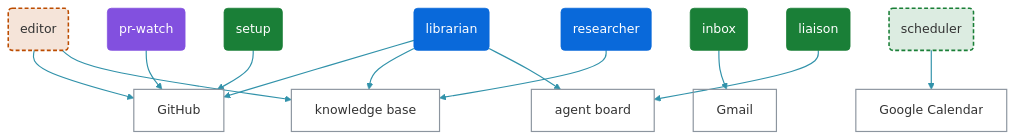
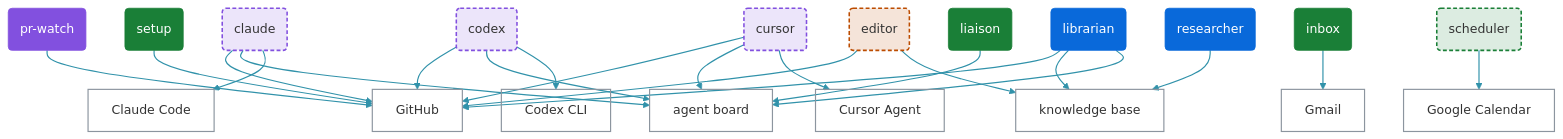
One commit to dfakkeldy/fakkelbot changed the second of 2 diagrams in docs/bot-chart.md. Above: the diagram before and after it, drawn with Mermaid. The commit also changed other lines of this file and 12 other files, not shown here.

Commit message:
feat(starter): add optional coding group for Claude, Cursor and Codex

````diff
--- a/docs/bot-chart.md
+++ b/docs/bot-chart.md
@@ -75,41 +86,58 @@
 ```mermaid
 %%{init: {"flowchart": {"curve": "basis"}}}%%
 flowchart TB
+    bot_claude("claude")
+    bot_codex("codex")
+    bot_cursor("cursor")
     bot_editor("editor")
     bot_inbox("inbox")
     bot_liaison("liaison")
     bot_librarian("librarian")
     bot_pr_watch("pr-watch")
     bot_researcher("researcher")
     bot_scheduler("scheduler")
     bot_setup("setup")
     sys_github["GitHub"]
     sys_kb["knowledge base"]
     sys_board["agent board"]
     sys_gmail["Gmail"]
     sys_gcal["Google Calendar"]
+    sys_claude_cli["Claude Code"]
+    sys_cursor_cli["Cursor Agent"]
+    sys_codex_cli["Codex CLI"]
+    bot_claude --> sys_github
+    bot_claude --> sys_board
+    bot_claude --> sys_claude_cli
+    bot_codex --> sys_github
+    bot_codex --> sys_board
+    bot_codex --> sys_codex_cli
+    bot_cursor --> sys_github
+    bot_cursor --> sys_board
+    bot_cursor --> sys_cursor_cli
     bot_editor --> sys_github
     bot_editor --> sys_kb
     bot_inbox --> sys_gmail
     bot_liaison --> sys_board
     bot_librarian --> sys_github
     bot_librarian --> sys_kb
     bot_librarian --> sys_board
     bot_pr_watch --> sys_github
     bot_researcher --> sys_kb
     bot_scheduler --> sys_gcal
     bot_setup --> sys_github
+    classDef builders_optional fill:#8250df26,stroke:#8250df,stroke-width:2px,stroke-dasharray:5 3
+    class bot_claude,bot_codex,bot_cursor builders_optional
     classDef content_optional fill:#bc4c0026,stroke:#bc4c00,stroke-width:2px,stroke-dasharray:5 3
     class bot_editor content_optional
     classDef daily_life fill:#1a7f37,stroke:#1a7f37,color:#ffffff
     class bot_inbox,bot_liaison,bot_setup daily_life
     classDef work fill:#0969da,stroke:#0969da,color:#ffffff
     class bot_librarian,bot_researcher work
     classDef builders fill:#8250df,stroke:#8250df,color:#ffffff
     class bot_pr_watch builders
     classDef daily_life_optional fill:#1a7f3726,stroke:#1a7f37,stroke-width:2px,stroke-dasharray:5 3
     class bot_scheduler daily_life_optional
     classDef system fill:transparent,stroke:#8c959f,stroke-width:1.5px
-    class sys_github,sys_kb,sys_board,sys_gmail,sys_gcal system
-    linkStyle 0,1,2,3,4,5,6,7,8,9,10 stroke:#3192aa,stroke-width:1.5px
+    class sys_github,sys_kb,sys_board,sys_gmail,sys_gcal,sys_claude_cli,sys_cursor_cli,sys_codex_cli system
+    linkStyle 0,1,2,3,4,5,6,7,8,9,10,11,12,13,14,15,16,17,18,19 stroke:#3192aa,stroke-width:1.5px
 ```
````
